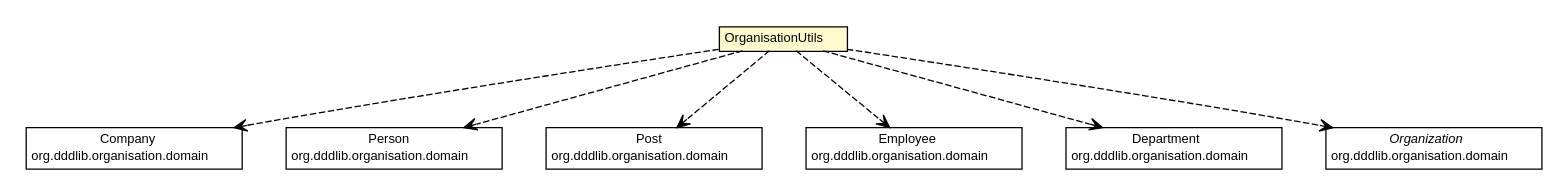
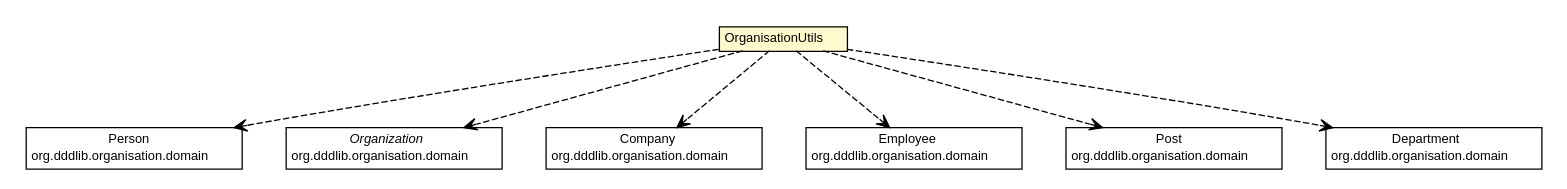
Before and after one commit to dayatang/dddlib: the diagram in testapidocs/org/dddlib/organisation/utils/OrganisationUtils.dot, drawn with Graphviz. The commit also changed 1516 other files, not shown here.

```diff
--- a/testapidocs/org/dddlib/organisation/utils/OrganisationUtils.dot
+++ b/testapidocs/org/dddlib/organisation/utils/OrganisationUtils.dot
@@ -1,72 +1,72 @@
 #!/usr/local/bin/dot
 #
 # Class diagram 
 # Generated by UMLGraph version R5_6_6-8-g8d7759 (http://www.umlgraph.org/)
 #
 
 digraph G {
 	edge [fontname="Helvetica",fontsize=10,labelfontname="Helvetica",labelfontsize=10];
 	node [fontname="Helvetica",fontsize=10,shape=plaintext];
 	nodesep=0.25;
 	ranksep=0.5;
 	// org.dddlib.organisation.utils.OrganisationUtils
 	c37447 [label=<<table title="org.dddlib.organisation.utils.OrganisationUtils" border="0" cellborder="1" cellspacing="0" cellpadding="2" port="p" bgcolor="lemonChiffon" href="./OrganisationUtils.html">
 		<tr><td><table border="0" cellspacing="0" cellpadding="1">
 <tr><td align="center" balign="center"> OrganisationUtils </td></tr>
 		</table></td></tr>
 		</table>>, URL="./OrganisationUtils.html", fontname="Helvetica", fontcolor="black", fontsize=10.0];
+	// org.dddlib.organisation.utils.OrganisationUtils DEPEND org.dddlib.organisation.domain.Person
+	c37447:p -> c37454:p [taillabel="", label=" "headlabel="", fontname="Helvetica", fontcolor="black", fontsize=10.0, color="black", arrowhead=open, style=dashed];
+	// org.dddlib.organisation.utils.OrganisationUtils DEPEND org.dddlib.organisation.domain.Organization
+	c37447:p -> c37455:p [taillabel="", label=" "headlabel="", fontname="Helvetica", fontcolor="black", fontsize=10.0, color="black", arrowhead=open, style=dashed];
 	// org.dddlib.organisation.utils.OrganisationUtils DEPEND org.dddlib.organisation.domain.Company
-	c37447:p -> c37451:p [taillabel="", label=" "headlabel="", fontname="Helvetica", fontcolor="black", fontsize=10.0, color="black", arrowhead=open, style=dashed];
-	// org.dddlib.organisation.utils.OrganisationUtils DEPEND org.dddlib.organisation.domain.Person
-	c37447:p -> c37455:p [taillabel="", label=" "headlabel="", fontname="Helvetica", fontcolor="black", fontsize=10.0, color="black", arrowhead=open, style=dashed];
+	c37447:p -> c37456:p [taillabel="", label=" "headlabel="", fontname="Helvetica", fontcolor="black", fontsize=10.0, color="black", arrowhead=open, style=dashed];
+	// org.dddlib.organisation.utils.OrganisationUtils DEPEND org.dddlib.organisation.domain.Employee
+	c37447:p -> c37457:p [taillabel="", label=" "headlabel="", fontname="Helvetica", fontcolor="black", fontsize=10.0, color="black", arrowhead=open, style=dashed];
 	// org.dddlib.organisation.utils.OrganisationUtils DEPEND org.dddlib.organisation.domain.Post
-	c37447:p -> c37457:p [taillabel="", label=" "headlabel="", fontname="Helvetica", fontcolor="black", fontsize=10.0, color="black", arrowhead=open, style=dashed];
-	// org.dddlib.organisation.utils.OrganisationUtils DEPEND org.dddlib.organisation.domain.Employee
-	c37447:p -> c37458:p [taillabel="", label=" "headlabel="", fontname="Helvetica", fontcolor="black", fontsize=10.0, color="black", arrowhead=open, style=dashed];
+	c37447:p -> c37459:p [taillabel="", label=" "headlabel="", fontname="Helvetica", fontcolor="black", fontsize=10.0, color="black", arrowhead=open, style=dashed];
 	// org.dddlib.organisation.utils.OrganisationUtils DEPEND org.dddlib.organisation.domain.Department
-	c37447:p -> c37459:p [taillabel="", label=" "headlabel="", fontname="Helvetica", fontcolor="black", fontsize=10.0, color="black", arrowhead=open, style=dashed];
-	// org.dddlib.organisation.utils.OrganisationUtils DEPEND org.dddlib.organisation.domain.Organization
 	c37447:p -> c37460:p [taillabel="", label=" "headlabel="", fontname="Helvetica", fontcolor="black", fontsize=10.0, color="black", arrowhead=open, style=dashed];
 	// org.dddlib.organisation.domain.Employee
-	c37458 [label=<<table title="org.dddlib.organisation.domain.Employee" border="0" cellborder="1" cellspacing="0" cellpadding="2" port="p" href="http://java.sun.com/j2se/1.4.2/docs/api/org/dddlib/organisation/domain/Employee.html">
+	c37457 [label=<<table title="org.dddlib.organisation.domain.Employee" border="0" cellborder="1" cellspacing="0" cellpadding="2" port="p" href="http://java.sun.com/j2se/1.4.2/docs/api/org/dddlib/organisation/domain/Employee.html">
 		<tr><td><table border="0" cellspacing="0" cellpadding="1">
 <tr><td align="center" balign="center"> Employee </td></tr>
 <tr><td align="center" balign="center"> org.dddlib.organisation.domain </td></tr>
 		</table></td></tr>
 		</table>>, URL="http://java.sun.com/j2se/1.4.2/docs/api/org/dddlib/organisation/domain/Employee.html", fontname="Helvetica", fontcolor="black", fontsize=10.0];
 	// org.dddlib.organisation.domain.Post
-	c37457 [label=<<table title="org.dddlib.organisation.domain.Post" border="0" cellborder="1" cellspacing="0" cellpadding="2" port="p" href="http://java.sun.com/j2se/1.4.2/docs/api/org/dddlib/organisation/domain/Post.html">
+	c37459 [label=<<table title="org.dddlib.organisation.domain.Post" border="0" cellborder="1" cellspacing="0" cellpadding="2" port="p" href="http://java.sun.com/j2se/1.4.2/docs/api/org/dddlib/organisation/domain/Post.html">
 		<tr><td><table border="0" cellspacing="0" cellpadding="1">
 <tr><td align="center" balign="center"> Post </td></tr>
 <tr><td align="center" balign="center"> org.dddlib.organisation.domain </td></tr>
 		</table></td></tr>
 		</table>>, URL="http://java.sun.com/j2se/1.4.2/docs/api/org/dddlib/organisation/domain/Post.html", fontname="Helvetica", fontcolor="black", fontsize=10.0];
 	// org.dddlib.organisation.domain.Department
-	c37459 [label=<<table title="org.dddlib.organisation.domain.Department" border="0" cellborder="1" cellspacing="0" cellpadding="2" port="p" href="http://java.sun.com/j2se/1.4.2/docs/api/org/dddlib/organisation/domain/Department.html">
+	c37460 [label=<<table title="org.dddlib.organisation.domain.Department" border="0" cellborder="1" cellspacing="0" cellpadding="2" port="p" href="http://java.sun.com/j2se/1.4.2/docs/api/org/dddlib/organisation/domain/Department.html">
 		<tr><td><table border="0" cellspacing="0" cellpadding="1">
 <tr><td align="center" balign="center"> Department </td></tr>
 <tr><td align="center" balign="center"> org.dddlib.organisation.domain </td></tr>
 		</table></td></tr>
 		</table>>, URL="http://java.sun.com/j2se/1.4.2/docs/api/org/dddlib/organisation/domain/Department.html", fontname="Helvetica", fontcolor="black", fontsize=10.0];
 	// org.dddlib.organisation.domain.Person
-	c37455 [label=<<table title="org.dddlib.organisation.domain.Person" border="0" cellborder="1" cellspacing="0" cellpadding="2" port="p" href="http://java.sun.com/j2se/1.4.2/docs/api/org/dddlib/organisation/domain/Person.html">
+	c37454 [label=<<table title="org.dddlib.organisation.domain.Person" border="0" cellborder="1" cellspacing="0" cellpadding="2" port="p" href="http://java.sun.com/j2se/1.4.2/docs/api/org/dddlib/organisation/domain/Person.html">
 		<tr><td><table border="0" cellspacing="0" cellpadding="1">
 <tr><td align="center" balign="center"> Person </td></tr>
 <tr><td align="center" balign="center"> org.dddlib.organisation.domain </td></tr>
 		</table></td></tr>
 		</table>>, URL="http://java.sun.com/j2se/1.4.2/docs/api/org/dddlib/organisation/domain/Person.html", fontname="Helvetica", fontcolor="black", fontsize=10.0];
 	// org.dddlib.organisation.domain.Company
-	c37451 [label=<<table title="org.dddlib.organisation.domain.Company" border="0" cellborder="1" cellspacing="0" cellpadding="2" port="p" href="http://java.sun.com/j2se/1.4.2/docs/api/org/dddlib/organisation/domain/Company.html">
+	c37456 [label=<<table title="org.dddlib.organisation.domain.Company" border="0" cellborder="1" cellspacing="0" cellpadding="2" port="p" href="http://java.sun.com/j2se/1.4.2/docs/api/org/dddlib/organisation/domain/Company.html">
 		<tr><td><table border="0" cellspacing="0" cellpadding="1">
 <tr><td align="center" balign="center"> Company </td></tr>
 <tr><td align="center" balign="center"> org.dddlib.organisation.domain </td></tr>
 		</table></td></tr>
 		</table>>, URL="http://java.sun.com/j2se/1.4.2/docs/api/org/dddlib/organisation/domain/Company.html", fontname="Helvetica", fontcolor="black", fontsize=10.0];
 	// org.dddlib.organisation.domain.Organization
-	c37460 [label=<<table title="org.dddlib.organisation.domain.Organization" border="0" cellborder="1" cellspacing="0" cellpadding="2" port="p" href="http://java.sun.com/j2se/1.4.2/docs/api/org/dddlib/organisation/domain/Organization.html">
+	c37455 [label=<<table title="org.dddlib.organisation.domain.Organization" border="0" cellborder="1" cellspacing="0" cellpadding="2" port="p" href="http://java.sun.com/j2se/1.4.2/docs/api/org/dddlib/organisation/domain/Organization.html">
 		<tr><td><table border="0" cellspacing="0" cellpadding="1">
 <tr><td align="center" balign="center"><font face="Helvetica-Oblique"> Organization </font></td></tr>
 <tr><td align="center" balign="center"> org.dddlib.organisation.domain </td></tr>
 		</table></td></tr>
 		</table>>, URL="http://java.sun.com/j2se/1.4.2/docs/api/org/dddlib/organisation/domain/Organization.html", fontname="Helvetica", fontcolor="black", fontsize=10.0];
 }
```
